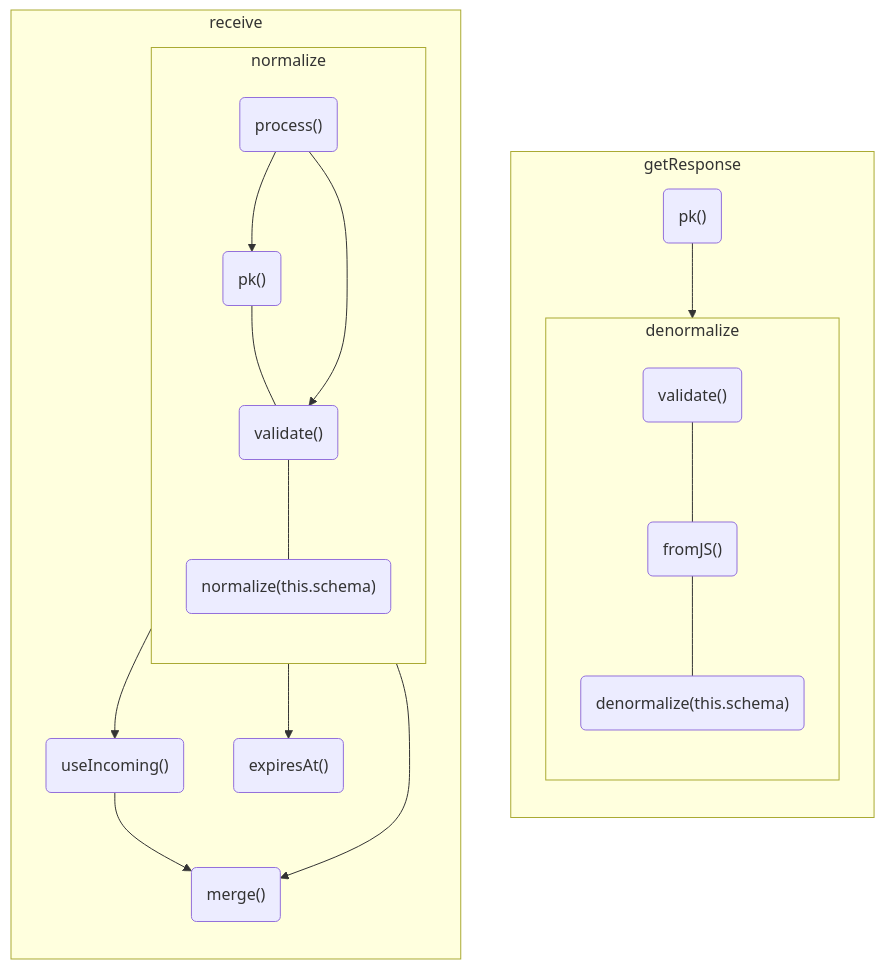
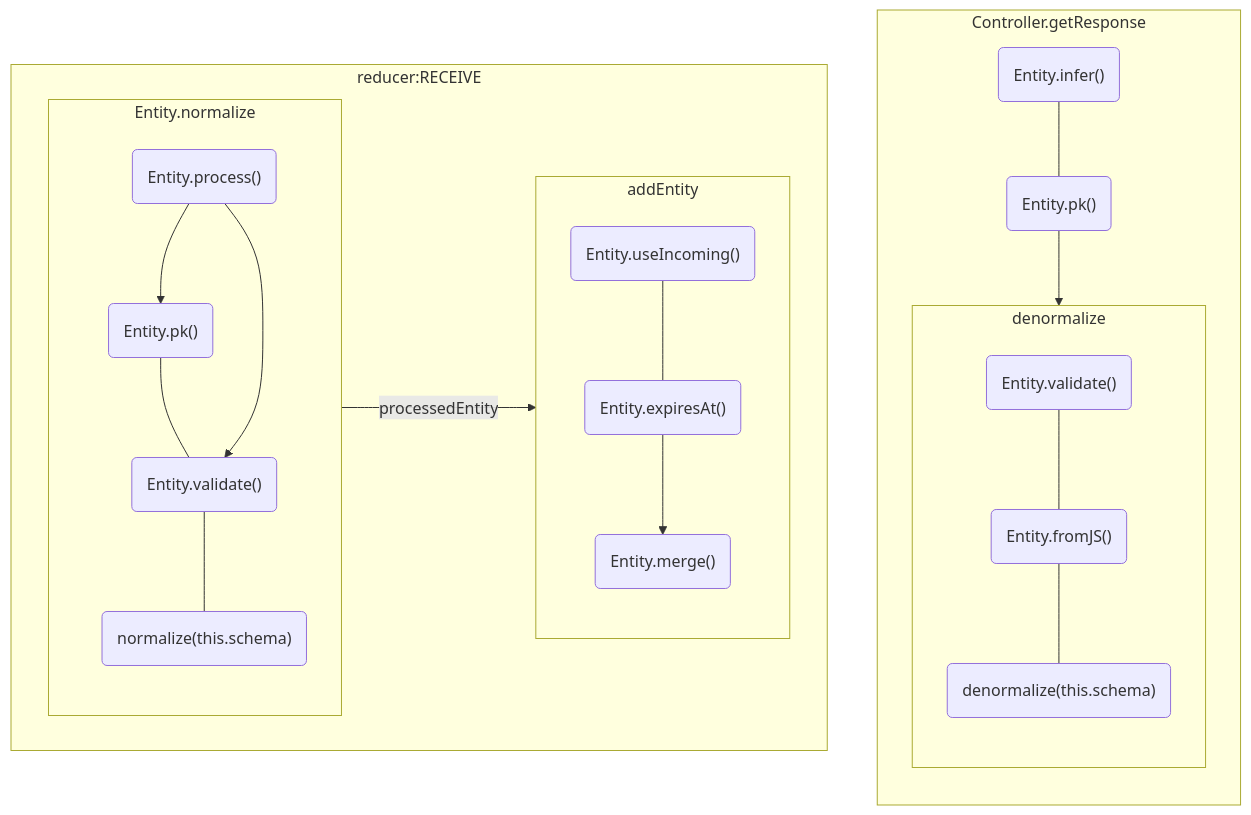
One commit to reactive/data-client changed the diagram in docs/rest/api/Entity.md. Above: the diagram before and after it, drawn with Mermaid. The commit also changed 10 other files, not shown here.

````diff
--- a/docs/rest/api/Entity.md
+++ b/docs/rest/api/Entity.md
@@ -74,34 +74,37 @@
 ```mermaid
 flowchart BT
-  subgraph getResponse
-    pk2("pk()")-->denormalize
+  subgraph Controller.getResponse
+    infer("Entity.infer()")---pk2
+    pk2("Entity.pk()")-->denormalize
     subgraph denormalize
       direction TB
-      validate2("validate()")---fromJS("fromJS()")
+      validate2("Entity.validate()")---fromJS("Entity.fromJS()")
       fromJS---denormNest("denormalize(this.schema)")
     end
   end
-  subgraph receive
-    direction TB
-    subgraph normalize
+  subgraph reducer:RECEIVE
+    direction LR
+    subgraph Entity.normalize
       direction TB
-      process("process()")-->pk("pk()")
-      pk---validate("validate()")
+      process("Entity.process()")-->pk("Entity.pk()")
+      pk---validate("Entity.validate()")
       process-->validate
       validate---normNest("normalize(this.schema)")
     end
-    process-->useincoming("useIncoming()")
-    useincoming-->merge("merge()")
-    process-->merge
-    process-->expiresAt("expiresAt()")
+    Entity.normalize--processedEntity-->addEntity
+    subgraph addEntity
+      useincoming("Entity.useIncoming()")---expiresAt("Entity.expiresAt()")
+      expiresAt-->merge("Entity.merge()")
+    end
   end
   click process "#process"
   click pk "#pk"
   click pk2 "#pk"
   click fromJS "#fromJS"
   click validate "#validate"
   click validate2 "#validate"
   click expiresAt "#expiresat"
   click useincoming "#useincoming"
   click merge "#merge"
+  click infer "#infer"
 ```
````
